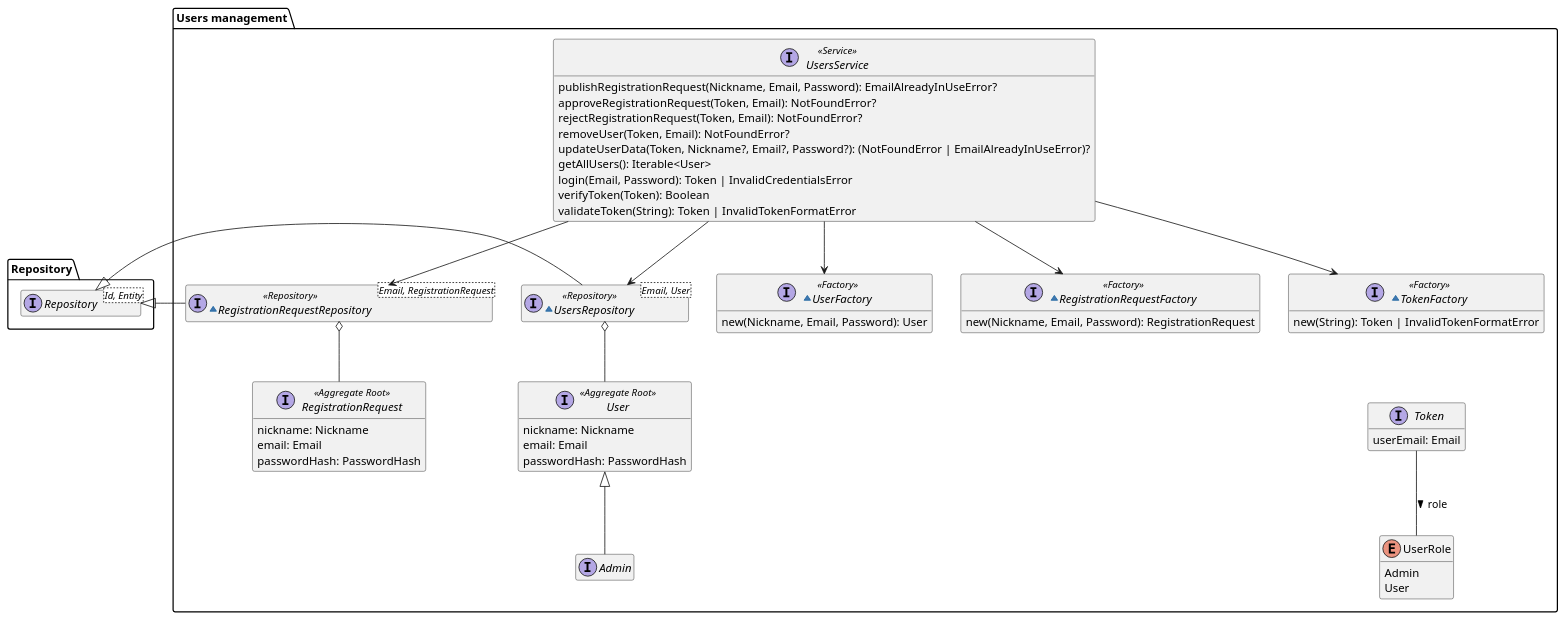
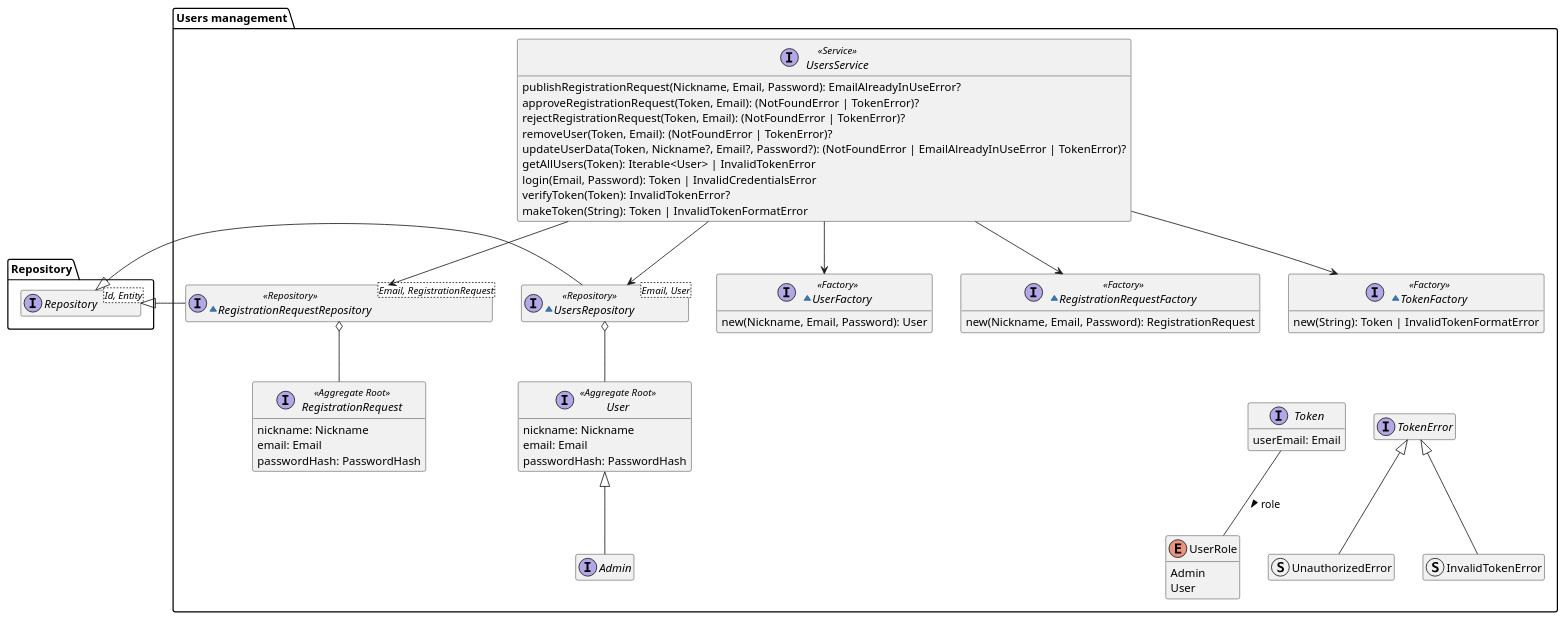
Before and after one commit to DomoticASW/.github: the diagram in diagrams/src/users-management-domain-model.puml, drawn with PlantUML. The commit also changed 4 other files, not shown here.

```diff
--- a/diagrams/src/users-management-domain-model.puml
+++ b/diagrams/src/users-management-domain-model.puml
@@ -1,71 +1,76 @@
 @startuml users-management-domain-model
 
 hide empty members
 package Repository{
     interface Repository<Id, Entity>
 }
 
 package "Users management" as Users {
     interface User <<Aggregate Root>> {
         nickname: Nickname
         email: Email
         passwordHash: PasswordHash
     }
     interface Admin extends User
 
     interface RegistrationRequest <<Aggregate Root>> {
         nickname: Nickname
         email: Email
         passwordHash: PasswordHash
     }
 
     interface Token {
         userEmail: Email
     }
     enum UserRole {
         Admin
         User
     }
     Token -- UserRole : "role >"
 
     interface UsersService <<Service>> {
         publishRegistrationRequest(Nickname, Email, Password): EmailAlreadyInUseError?
-        approveRegistrationRequest(Token, Email): NotFoundError?
-        rejectRegistrationRequest(Token, Email): NotFoundError?
-        removeUser(Token, Email): NotFoundError?
-        updateUserData(Token, Nickname?, Email?, Password?): (NotFoundError | EmailAlreadyInUseError)?
-        getAllUsers(): Iterable<User>
+        approveRegistrationRequest(Token, Email): (NotFoundError | TokenError)?
+        rejectRegistrationRequest(Token, Email): (NotFoundError | TokenError)?
+        removeUser(Token, Email): (NotFoundError | TokenError)?
+        updateUserData(Token, Nickname?, Email?, Password?): (NotFoundError | EmailAlreadyInUseError | TokenError)?
+        getAllUsers(Token): Iterable<User> | InvalidTokenError
         login(Email, Password): Token | InvalidCredentialsError
-        verifyToken(Token): Boolean
-        validateToken(String): Token | InvalidTokenFormatError
+        verifyToken(Token): InvalidTokenError?
+        makeToken(String): Token | InvalidTokenFormatError
     }
 
     ~interface RegistrationRequestRepository<Email, RegistrationRequest> <<Repository>> {
     }
     RegistrationRequestRepository -l-|> Repository.Repository
     RegistrationRequestRepository o-- RegistrationRequest
     ~interface UsersRepository<Email, User> <<Repository>> {
     }
     UsersRepository -l-|> Repository.Repository
     UsersRepository o-- User
     
     UsersService --> UsersRepository
     UsersService --> RegistrationRequestRepository
 
+    interface TokenError
+    struct UnauthorizedError extends TokenError
+    struct InvalidTokenError extends TokenError
+    Token -r[hidden]- TokenError
 
     ~interface UserFactory <<Factory>> {
         new(Nickname, Email, Password): User
     }
     ~interface RegistrationRequestFactory <<Factory>> {
         new(Nickname, Email, Password): RegistrationRequest
     }
     ~interface TokenFactory <<Factory>> {
         new(String): Token | InvalidTokenFormatError
     }
     TokenFactory -[hidden]-> Token
     UsersService --> UserFactory
     UsersService --> RegistrationRequestFactory
     UsersService --> TokenFactory
+
 }
 
 @enduml
```
